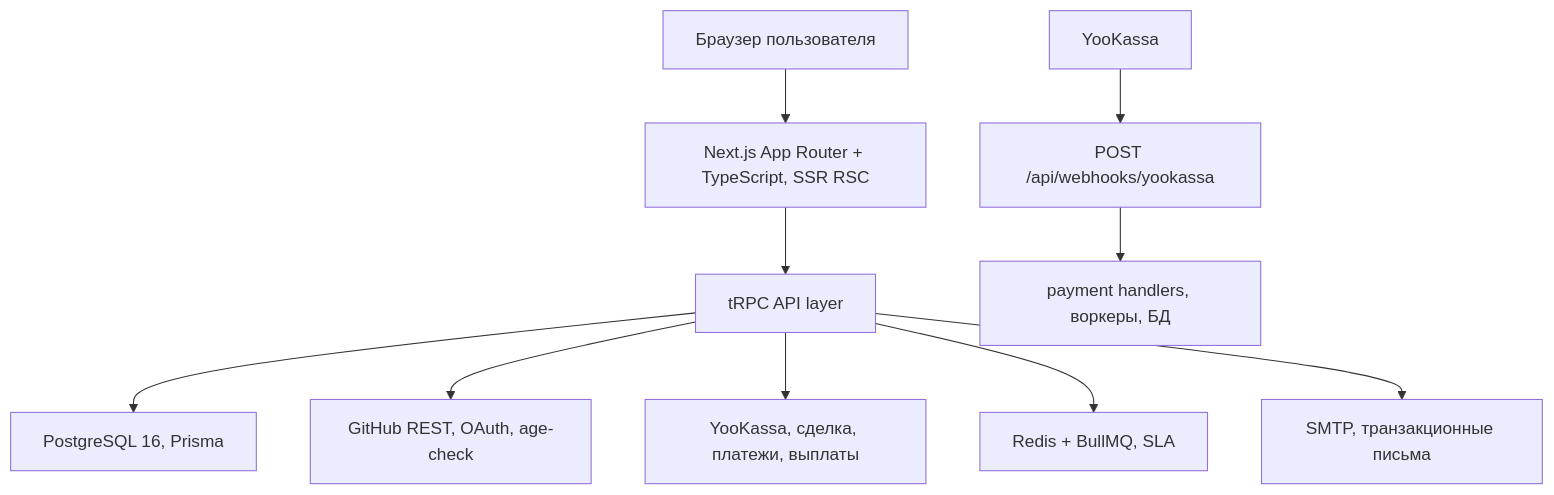
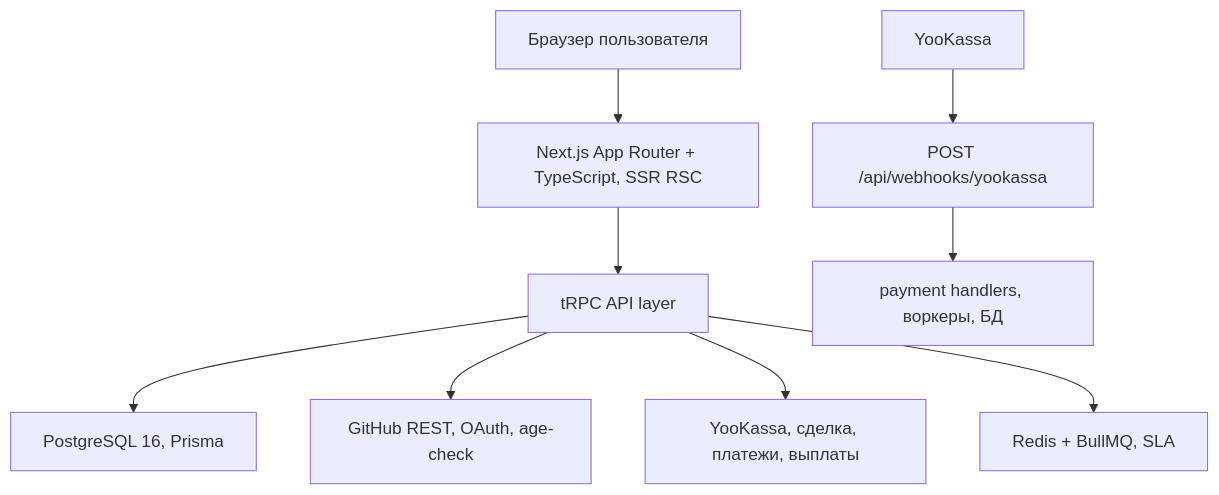
One commit to Ernest0-Production/Referi changed the diagram in docs/PRD.md. Above: the diagram before and after it, drawn with Mermaid. The commit also changed other lines of this file and 15 other files, not shown here.

````diff
--- a/docs/PRD.md
+++ b/docs/PRD.md
@@ -314,10 +314,9 @@
 ```mermaid
 flowchart TB
   browser[Браузер пользователя] --> next[Next.js App Router + TypeScript, SSR RSC] --> trpc[tRPC API layer]
   trpc --> pg[PostgreSQL 16, Prisma]
   trpc --> gha[GitHub REST, OAuth, age-check]
   trpc --> yk[YooKassa, сделка, платежи, выплаты]
   trpc --> rmq[Redis + BullMQ, SLA]
-  trpc --> smtp[SMTP, транзакционные письма]
   wh[YooKassa] --> rest[POST /api/webhooks/yookassa] --> w[payment handlers, воркеры, БД]
 ```
````
